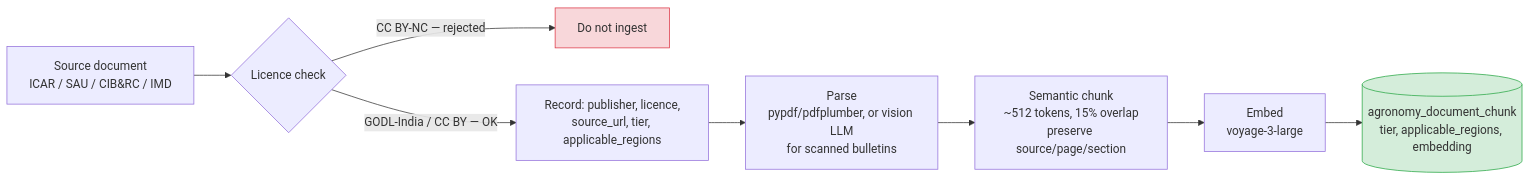
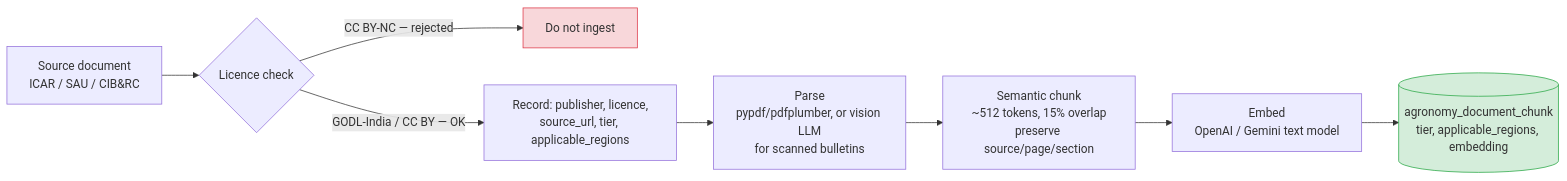
Before and after one commit to nishitsaha52/AgriVerse: the fifth of 7 diagrams in docs/AgriVerse_Architecture_DataFlow_ER.md, drawn with Mermaid. The commit also changed other lines of this file and 90 other files, not shown here.

````diff
--- a/docs/AgriVerse_Architecture_DataFlow_ER.md
+++ b/docs/AgriVerse_Architecture_DataFlow_ER.md
@@ -255,14 +251,14 @@
 ```mermaid
 flowchart LR
-    SRC[Source document<br/>ICAR / SAU / CIB&RC / IMD] --> LIC{Licence check}
+    SRC[Source document<br/>ICAR / SAU / CIB&RC] --> LIC{Licence check}
     LIC -->|CC BY-NC — rejected| REJ[Do not ingest]
     LIC -->|GODL-India / CC BY — OK| META[Record: publisher, licence,<br/>source_url, tier, applicable_regions]
 
     META --> PARSE[Parse<br/>pypdf/pdfplumber, or vision LLM<br/>for scanned bulletins]
     PARSE --> CHUNK[Semantic chunk<br/>~512 tokens, 15% overlap<br/>preserve source/page/section]
-    CHUNK --> EMBED[Embed<br/>voyage-3-large]
+    CHUNK --> EMBED[Embed<br/>OpenAI / Gemini text model]
     EMBED --> STORE[(agronomy_document_chunk<br/>tier, applicable_regions, embedding)]
 
     style REJ fill:#f8d7da,stroke:#dc3545
     style STORE fill:#d4edda,stroke:#28a745
 ```
````
